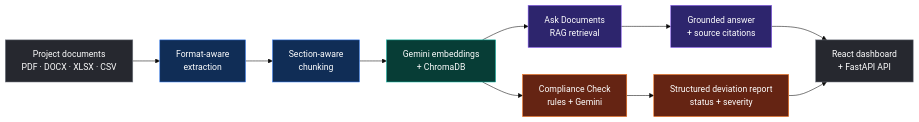
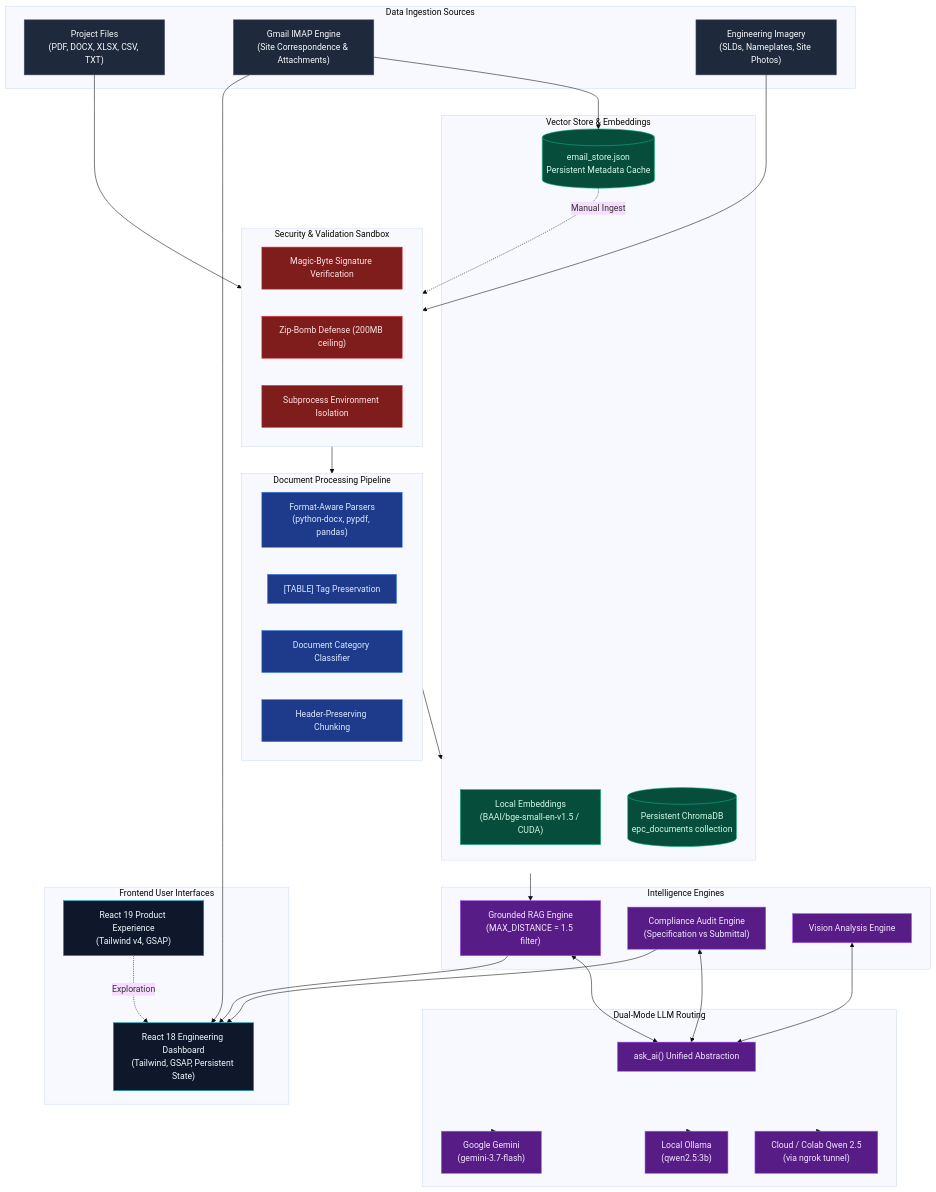
Before and after one commit to RISHAB-KANT-TIWARI/Retrievo: the diagram in README.md, drawn with Mermaid (base theme). The commit also changed other lines of this file and 11 other files, not shown here.

Commit message:
adding summary chunks feature and timeline feature

````diff
--- a/README.md
+++ b/README.md
@@ -79,24 +206,81 @@
 ```mermaid
-flowchart LR
-    A["Project documents<br/>PDF · DOCX · XLSX · CSV"] --> B["Format-aware<br/>extraction"]
-    B --> C["Section-aware<br/>chunking"]
-    C --> D["Gemini embeddings<br/>+ ChromaDB"]
-    D --> E["Ask Documents<br/>RAG retrieval"]
-    D --> F["Compliance Check<br/>rules + Gemini"]
-    E --> G["Grounded answer<br/>+ source citations"]
-    F --> H["Structured deviation report<br/>status + severity"]
-    G --> I["React dashboard<br/>+ FastAPI API"]
-    H --> I
+flowchart TB
+    subgraph INGESTION["Data Ingestion Sources"]
+        DocFiles["Project Files<br/>(PDF, DOCX, XLSX, CSV, TXT)"]
+        GmailIMAP["Gmail IMAP Engine<br/>(Site Correspondence & Attachments)"]
+        VisionIn["Engineering Imagery<br/>(SLDs, Nameplates, Site Photos)"]
+    end
 
-    classDef source fill:#26282f,stroke:#737782,color:#fff;
-    classDef process fill:#102d56,stroke:#3b82f6,color:#fff;
-    classDef store fill:#073d36,stroke:#14b8a6,color:#fff;
-    classDef rag fill:#2d256d,stroke:#8b5cf6,color:#fff;
-    classDef compliance fill:#652413,stroke:#f97316,color:#fff;
-    class A source;
-    class B,C process;
-    class D store;
-    class E,G rag;
-    class F,H compliance;
-    class I source;
+    subgraph SECURITY["Security & Validation Sandbox"]
+        MagicBytes["Magic-Byte Signature Verification"]
+        ZipBomb["Zip-Bomb Defense (200MB ceiling)"]
+        SubprocessIso["Subprocess Environment Isolation"]
+    end
+
+    subgraph PIPELINE["Document Processing Pipeline"]
+        Parsers["Format-Aware Parsers<br/>(python-docx, pypdf, pandas)"]
+        TablePreserve["[TABLE] Tag Preservation"]
+        DocClassifier["Document Category Classifier"]
+        Chunker["Header-Preserving Chunking"]
+    end
+
+    subgraph EMBEDDINGS["Vector Store & Embeddings"]
+        SentenceTransformers["Local Embeddings<br/>(BAAI/bge-small-en-v1.5 / CUDA)"]
+        ChromaStore[("Persistent ChromaDB<br/>epc_documents collection")]
+        EmailStore[("email_store.json<br/>Persistent Metadata Cache")]
+    end
+
+    subgraph AI_ROUTER["Dual-Mode LLM Routing"]
+        AskAI["ask_ai() Unified Abstraction"]
+        QwenCloud["Cloud / Colab Qwen 2.5<br/>(via ngrok tunnel)"]
+        OllamaLocal["Local Ollama<br/>(qwen2.5:3b)"]
+        GeminiCloud["Google Gemini<br/>(gemini-3.7-flash)"]
+    end
+
+    subgraph ENGINES["Intelligence Engines"]
+        RAGEngine["Grounded RAG Engine<br/>(MAX_DISTANCE = 1.5 filter)"]
+        AuditEngine["Compliance Audit Engine<br/>(Specification vs Submittal)"]
+        VisionEngine["Vision Analysis Engine"]
+    end
+
+    subgraph FRONTEND["Frontend User Interfaces"]
+        Dashboard["React 18 Engineering Dashboard<br/>(Tailwind, GSAP, Persistent State)"]
+        Landing["React 19 Product Experience<br/>(Tailwind v4, GSAP)"]
+    end
+
+    DocFiles --> SECURITY
+    GmailIMAP --> EmailStore
+    EmailStore -. "Manual Ingest" .-> SECURITY
+    VisionIn --> SECURITY
+
+    SECURITY --> PIPELINE
+    PIPELINE --> EMBEDDINGS
+    EMBEDDINGS --> RAGEngine
+
+    AI_ROUTER --> QwenCloud
+    AI_ROUTER --> OllamaLocal
+    AI_ROUTER --> GeminiCloud
+
+    RAGEngine <--> AskAI
+    AuditEngine <--> AskAI
+    VisionEngine <--> AskAI
+
+    RAGEngine --> Dashboard
+    AuditEngine --> Dashboard
+    GmailIMAP --> Dashboard
+    Landing -. "Exploration" .-> Dashboard
+
+    classDef source fill:#1e293b,stroke:#475569,color:#f8fafc;
+    classDef security fill:#7f1d1d,stroke:#ef4444,color:#fee2e2;
+    classDef pipeline fill:#1e3a8a,stroke:#3b82f6,color:#dbeafe;
+    classDef vector fill:#064e3b,stroke:#10b981,color:#d1fae5;
+    classDef ai fill:#581c87,stroke:#a855f7,color:#f3e8ff;
+    classDef ui fill:#0f172a,stroke:#06b6d4,color:#ecfeff;
+
+    class DocFiles,GmailIMAP,VisionIn source;
+    class MagicBytes,ZipBomb,SubprocessIso security;
+    class Parsers,TablePreserve,DocClassifier,Chunker pipeline;
+    class SentenceTransformers,ChromaStore,EmailStore vector;
+    class AskAI,QwenCloud,OllamaLocal,GeminiCloud,RAGEngine,AuditEngine,VisionEngine ai;
+    class Dashboard,Landing ui;
 ```
````
